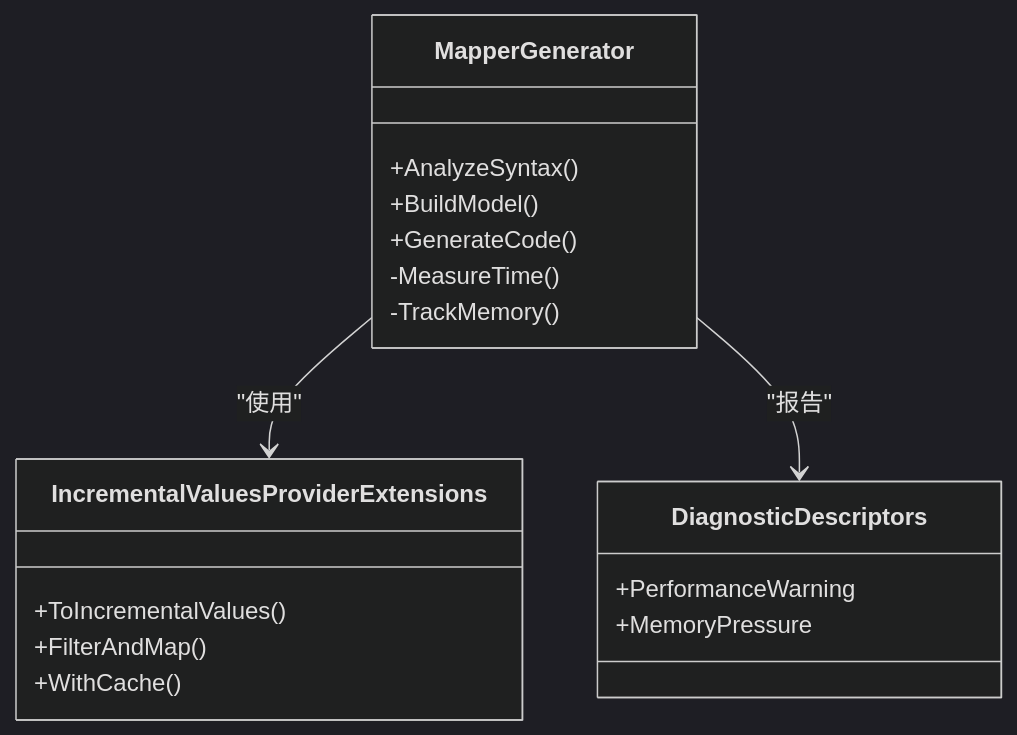
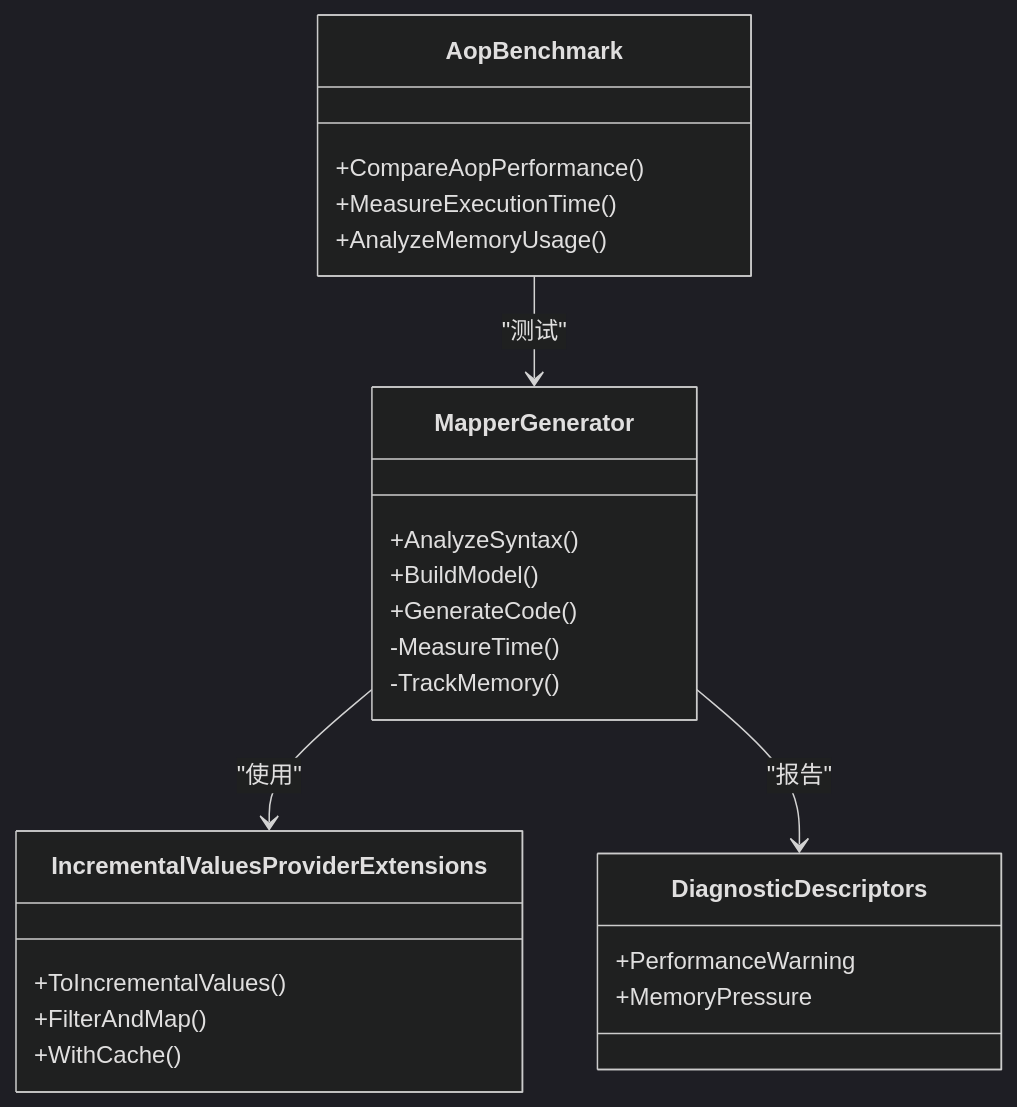
The fourth of 6 diagrams in .qoder/repowiki/zh/content/调试与诊断/性能监控与优化.md (alivy/AutoCode), drawn with Mermaid (dark theme) before and after one commit. The commit also changed other lines of this file and 150 other files, not shown here.

````diff
--- a/.qoder/repowiki/zh/content/调试与诊断/性能监控与优化.md
+++ b/.qoder/repowiki/zh/content/调试与诊断/性能监控与优化.md
@@ -144,21 +175,27 @@
 ```mermaid
 classDiagram
 class MapperGenerator {
 +AnalyzeSyntax()
 +BuildModel()
 +GenerateCode()
 -MeasureTime()
 -TrackMemory()
 }
 class IncrementalValuesProviderExtensions {
 +ToIncrementalValues()
 +FilterAndMap()
 +WithCache()
 }
 class DiagnosticDescriptors {
 +PerformanceWarning
 +MemoryPressure
 }
+class AopBenchmark {
++CompareAopPerformance()
++MeasureExecutionTime()
++AnalyzeMemoryUsage()
+}
 MapperGenerator --> IncrementalValuesProviderExtensions : "使用"
 MapperGenerator --> DiagnosticDescriptors : "报告"
+AopBenchmark --> MapperGenerator : "测试"
 ```
````
